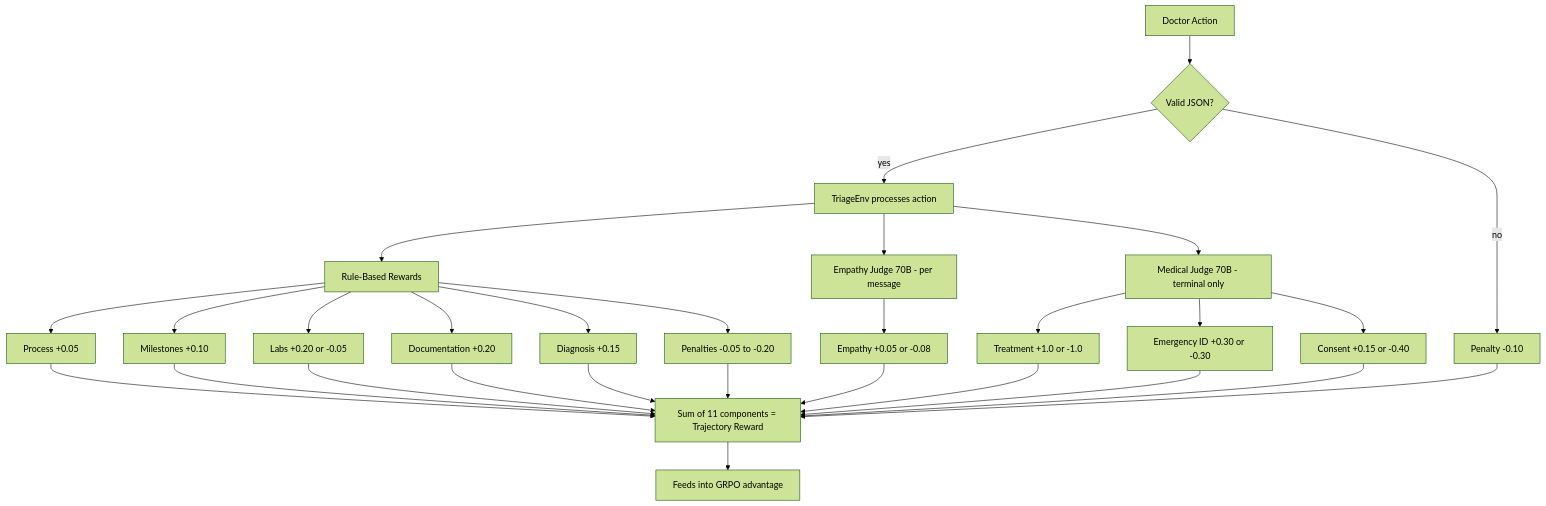
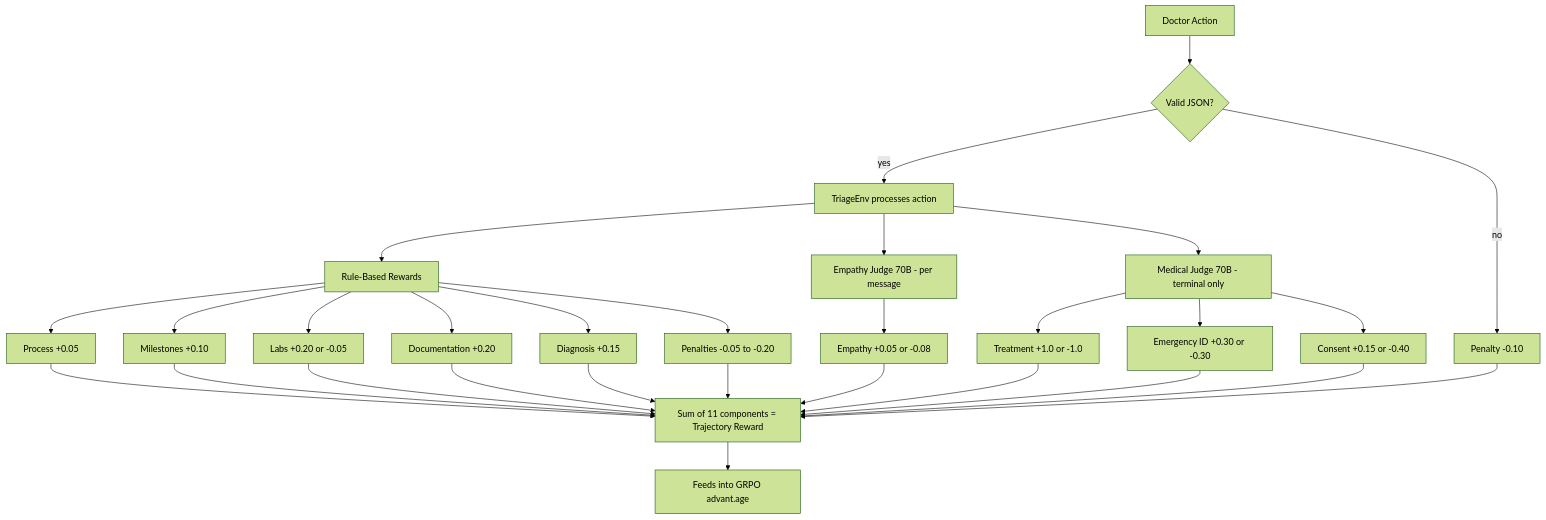
The second of 3 diagrams in blog.md (VaibhavDeopa/Multi-Agents-for-Clinical-Decision-Making), drawn with Mermaid (forest theme) before and after one commit.

````diff
--- a/blog.md
+++ b/blog.md
@@ -102,36 +102,36 @@
 ```mermaid
 flowchart TD
     DOC[Doctor Action] --> VALID{Valid JSON?}
     VALID -->|no| PEN[Penalty -0.10]
     VALID -->|yes| ENV[TriageEnv processes action]
 
     ENV --> RULES[Rule-Based Rewards]
     ENV --> EJ[Empathy Judge 70B - per message]
     ENV --> MJ[Medical Judge 70B - terminal only]
 
     RULES --> R1[Process +0.05]
     RULES --> R2[Milestones +0.10]
     RULES --> R3[Labs +0.20 or -0.05]
     RULES --> R4[Documentation +0.20]
     RULES --> R5[Diagnosis +0.15]
     RULES --> R6[Penalties -0.05 to -0.20]
 
     EJ --> R7[Empathy +0.05 or -0.08]
     MJ --> R8[Treatment +1.0 or -1.0]
     MJ --> R9[Emergency ID +0.30 or -0.30]
     MJ --> R10[Consent +0.15 or -0.40]
 
     R1 --> SUM[Sum of 11 components = Trajectory Reward]
     R2 --> SUM
     R3 --> SUM
     R4 --> SUM
     R5 --> SUM
     R6 --> SUM
     R7 --> SUM
     R8 --> SUM
     R9 --> SUM
     R10 --> SUM
     PEN --> SUM
 
-    SUM --> GRPO[Feeds into GRPO advantage]
+    SUM --> GRPO[Feeds into GRPO advant.age]
 ```
````
